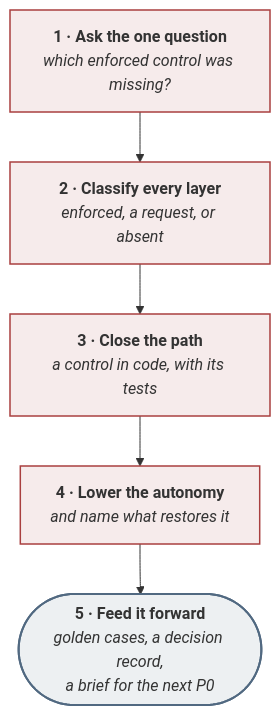
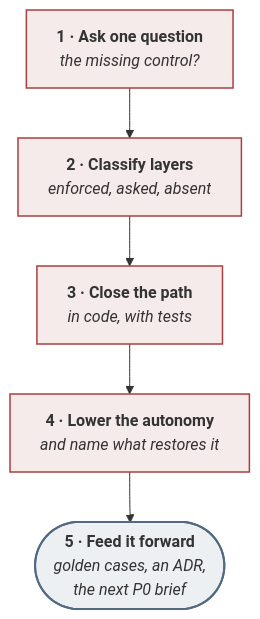
Before and after one commit to akash-coded/aws-bedrock-agentcore-strands: the diagram in site/content/learn/lessons/ai-incident-postmortem.md, drawn with Mermaid. The commit also changed 82 other files, not shown here.

````diff
--- a/site/content/learn/lessons/ai-incident-postmortem.md
+++ b/site/content/learn/lessons/ai-incident-postmortem.md
@@ -19,12 +19,12 @@
 ```mermaid
 flowchart TB
-  Q["<b>1 · Ask the one question</b><br/><i>which enforced control was missing?</i>"] --> L["<b>2 · Classify every layer</b><br/><i>enforced, a request, or absent</i>"]
-  L --> F["<b>3 · Close the path</b><br/><i>a control in code, with its tests</i>"]
+  Q["<b>1 · Ask one question</b><br/><i>the missing control?</i>"] --> L["<b>2 · Classify layers</b><br/><i>enforced, asked, absent</i>"]
+  L --> F["<b>3 · Close the path</b><br/><i>in code, with tests</i>"]
   F --> A["<b>4 · Lower the autonomy</b><br/><i>and name what restores it</i>"]
-  A --> N(["<b>5 · Feed it forward</b><br/><i>golden cases, a decision record,<br/>a brief for the next P0</i>"])
+  A --> N(["<b>5 · Feed it forward</b><br/><i>golden cases, an ADR,<br/>the next P0 brief</i>"])
 
   classDef move fill:#A93F3F1A,stroke:#A93F3F,stroke-width:1.5px
   classDef out fill:#5169811A,stroke:#516981,stroke-width:2px
   class Q,L,F,A move
   class N out
 ```
````
